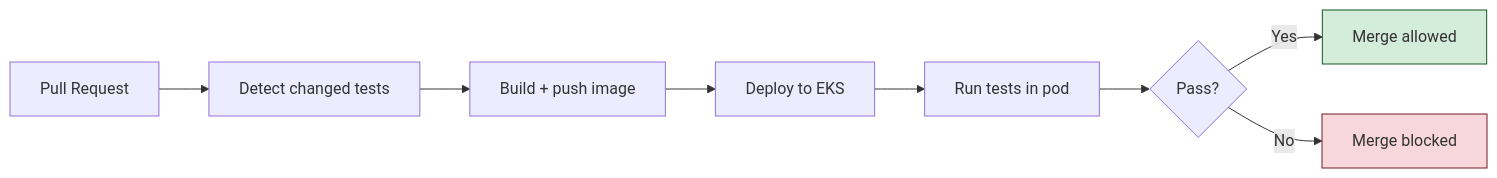
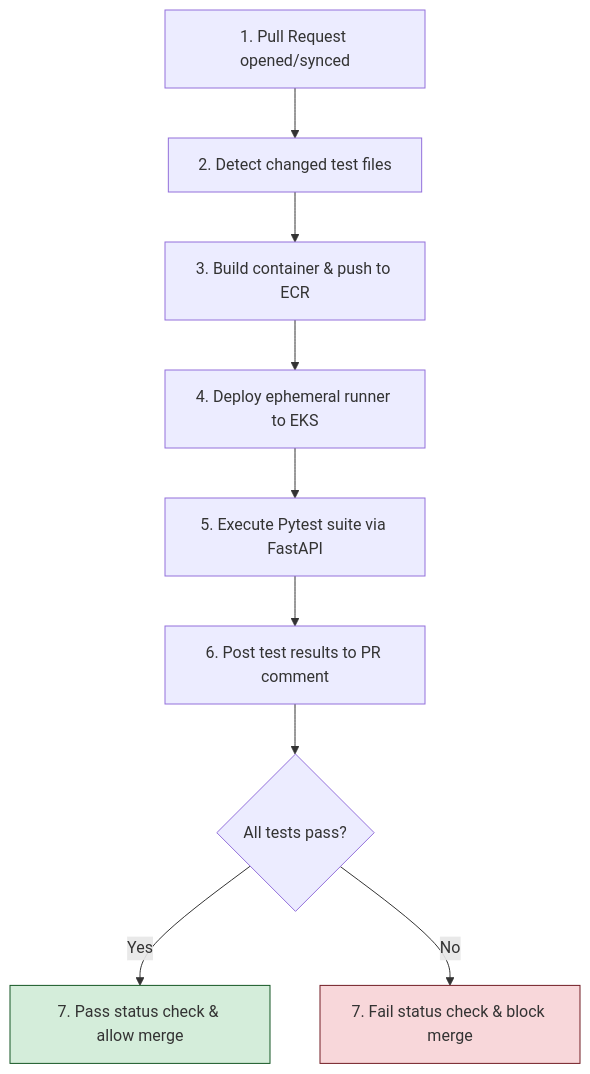
Before and after one commit to abhisheksinghautomotive/verdict: the first of 2 diagrams in README.md, drawn with Mermaid. The commit also changed other lines of this file and 5 other files, not shown here.

Commit message:
docs: update README with architecture and cost story (#77)

````diff
--- a/README.md
+++ b/README.md
@@ -14,13 +18,14 @@
 ```mermaid
-flowchart LR
-    PR[Pull Request] --> Detect[Detect changed tests]
-    Detect --> Build[Build + push image]
-    Build --> Deploy[Deploy to EKS]
-    Deploy --> Run[Run tests in pod]
-    Run --> Verdict{Pass?}
-    Verdict -->|Yes| Allow[Merge allowed]
-    Verdict -->|No| Block[Merge blocked]
+flowchart TD
+    PR[1. Pull Request opened/synced] --> Detect[2. Detect changed test files]
+    Detect --> Build[3. Build container & push to ECR]
+    Build --> Deploy[4. Deploy ephemeral runner to EKS]
+    Deploy --> Run[5. Execute Pytest suite via FastAPI]
+    Run --> Comment[6. Post test results to PR comment]
+    Comment --> Gate{All tests pass?}
+    Gate -->|Yes| Allow[7. Pass status check & allow merge]
+    Gate -->|No| Block[7. Fail status check & block merge]
 
     style Allow fill:#d4edda,stroke:#155724
     style Block fill:#f8d7da,stroke:#721c24
 ```
````
